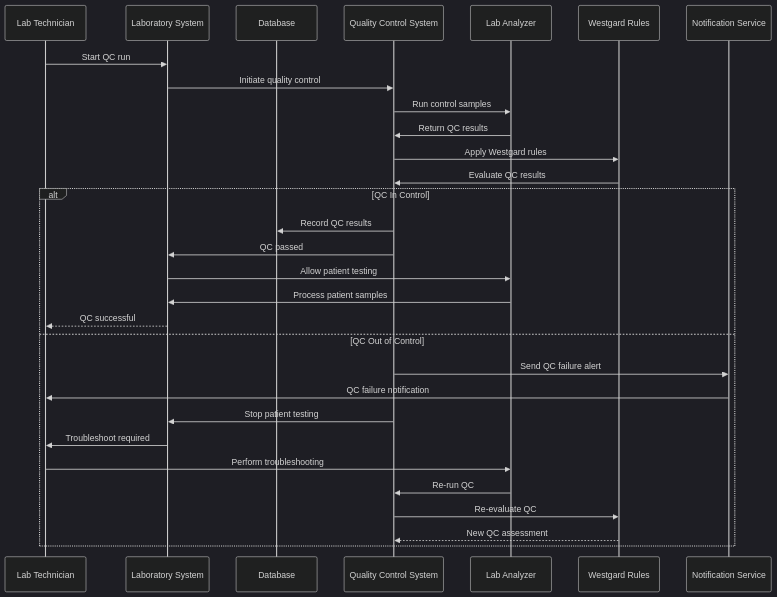
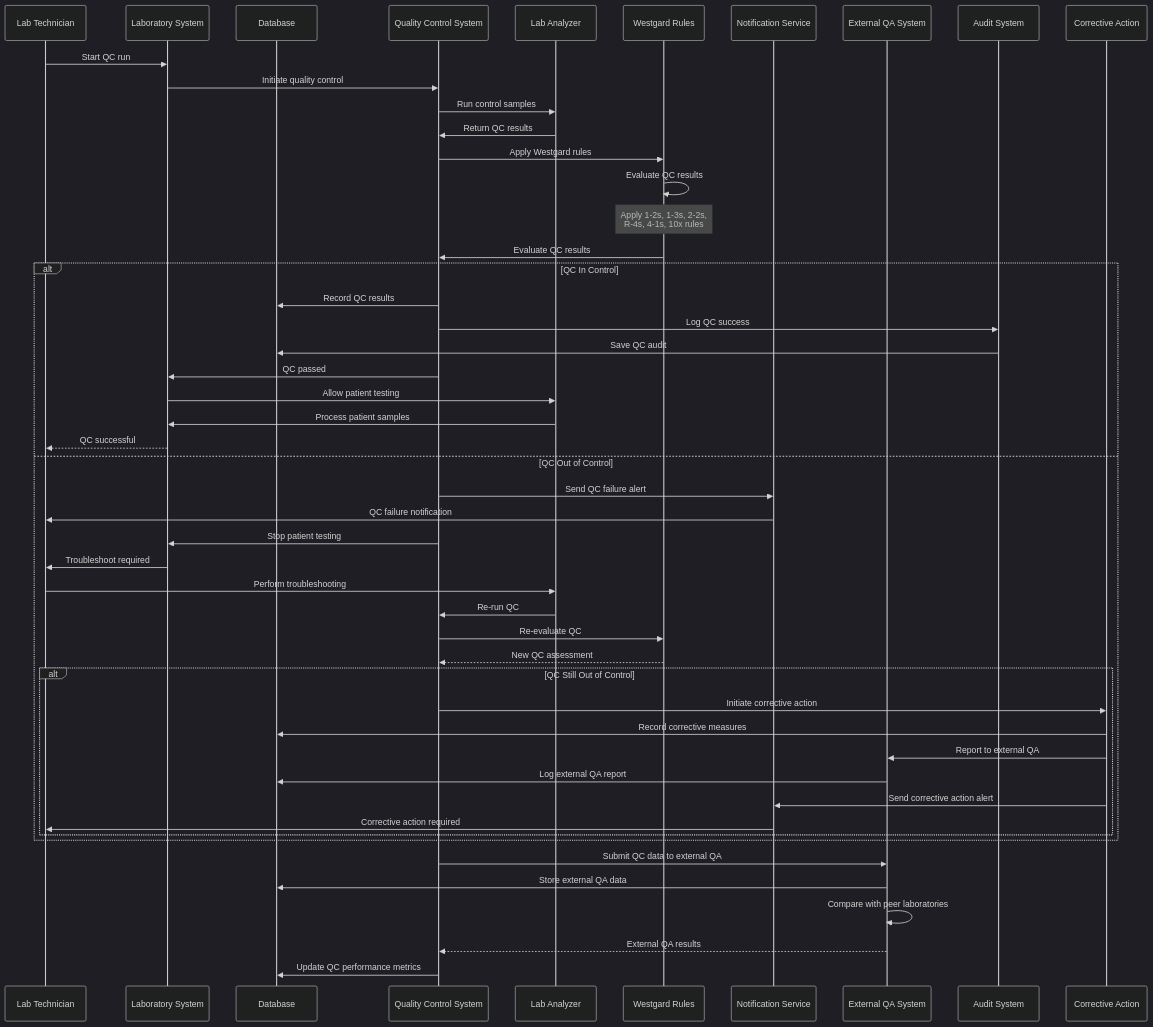
The ninth of 13 diagrams in sequence-diagrams/laboratory-management-sequence.md (harcop/limises), drawn with Mermaid (dark theme) before and after one commit. The commit also changed other lines of this file and 16 other files, not shown here.

````diff
--- a/sequence-diagrams/laboratory-management-sequence.md
+++ b/sequence-diagrams/laboratory-management-sequence.md
@@ -273,33 +296,53 @@
 ```mermaid
 sequenceDiagram
     participant TECH as Lab Technician
     participant LAB as Laboratory System
     participant DB as Database
     participant QC as Quality Control System
     participant ANALYZER as Lab Analyzer
     participant WESTGARD as Westgard Rules
     participant NOT as Notification Service
+    participant EQA as External QA System
+    participant AUDIT as Audit System
+    participant CORRECTIVE as Corrective Action
 
     TECH->>LAB: Start QC run
     LAB->>QC: Initiate quality control
     QC->>ANALYZER: Run control samples
     ANALYZER->>QC: Return QC results
     QC->>WESTGARD: Apply Westgard rules
+    WESTGARD->>WESTGARD: Evaluate QC results
+    Note over WESTGARD: Apply 1-2s, 1-3s, 2-2s,<br/>R-4s, 4-1s, 10x rules
     WESTGARD->>QC: Evaluate QC results
     alt QC In Control
         QC->>DB: Record QC results
+        QC->>AUDIT: Log QC success
+        AUDIT->>DB: Save QC audit
         QC->>LAB: QC passed
         LAB->>ANALYZER: Allow patient testing
         ANALYZER->>LAB: Process patient samples
         LAB-->>TECH: QC successful
     else QC Out of Control
         QC->>NOT: Send QC failure alert
         NOT->>TECH: QC failure notification
         QC->>LAB: Stop patient testing
         LAB->>TECH: Troubleshoot required
         TECH->>ANALYZER: Perform troubleshooting
         ANALYZER->>QC: Re-run QC
         QC->>WESTGARD: Re-evaluate QC
         WESTGARD-->>QC: New QC assessment
+        alt QC Still Out of Control
+            QC->>CORRECTIVE: Initiate corrective action
+            CORRECTIVE->>DB: Record corrective measures
+            CORRECTIVE->>EQA: Report to external QA
+            EQA->>DB: Log external QA report
+            CORRECTIVE->>NOT: Send corrective action alert
+            NOT->>TECH: Corrective action required
+        end
     end
+    QC->>EQA: Submit QC data to external QA
+    EQA->>DB: Store external QA data
+    EQA->>EQA: Compare with peer laboratories
+    EQA-->>QC: External QA results
+    QC->>DB: Update QC performance metrics
 ```
````
